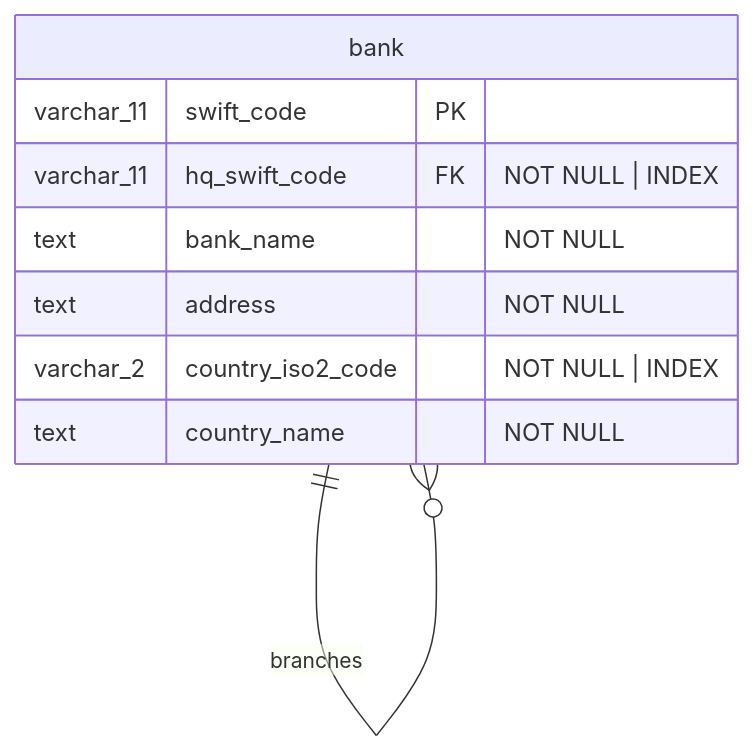
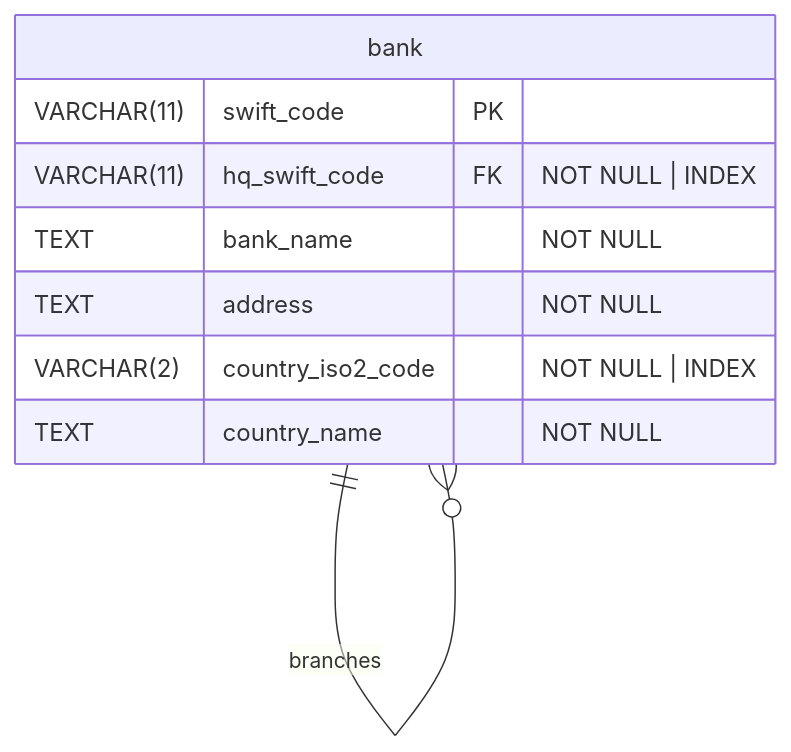
The diagram in README.md (mwojtyna/swift-api), drawn with Mermaid before and after one commit. The commit also changed other lines of this file and 3 other files, not shown here.

````diff
--- a/README.md
+++ b/README.md
@@ -7,12 +7,12 @@
 ```mermaid
 erDiagram
     bank {
-        varchar_11 swift_code PK
-        varchar_11 hq_swift_code FK "NOT NULL | INDEX"
-        text bank_name "NOT NULL"
-        text address  "NOT NULL"
-        varchar_2 country_iso2_code "NOT NULL | INDEX"
-        text country_name "NOT NULL"
+        VARCHAR(11) swift_code PK
+        VARCHAR(11) hq_swift_code FK "NOT NULL | INDEX"
+        TEXT bank_name "NOT NULL"
+        TEXT address  "NOT NULL"
+        VARCHAR(2) country_iso2_code "NOT NULL | INDEX"
+        TEXT country_name "NOT NULL"
     }
     bank 1--0+ bank: "branches"
 ```
````
